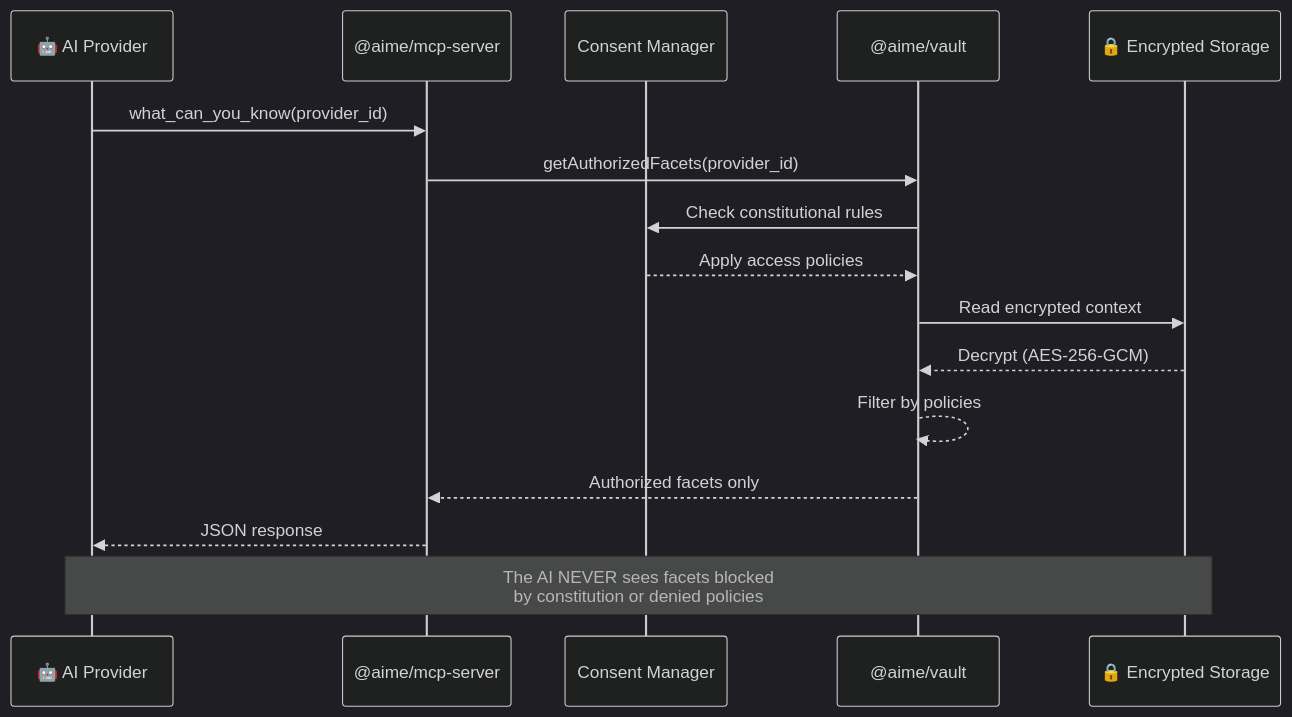
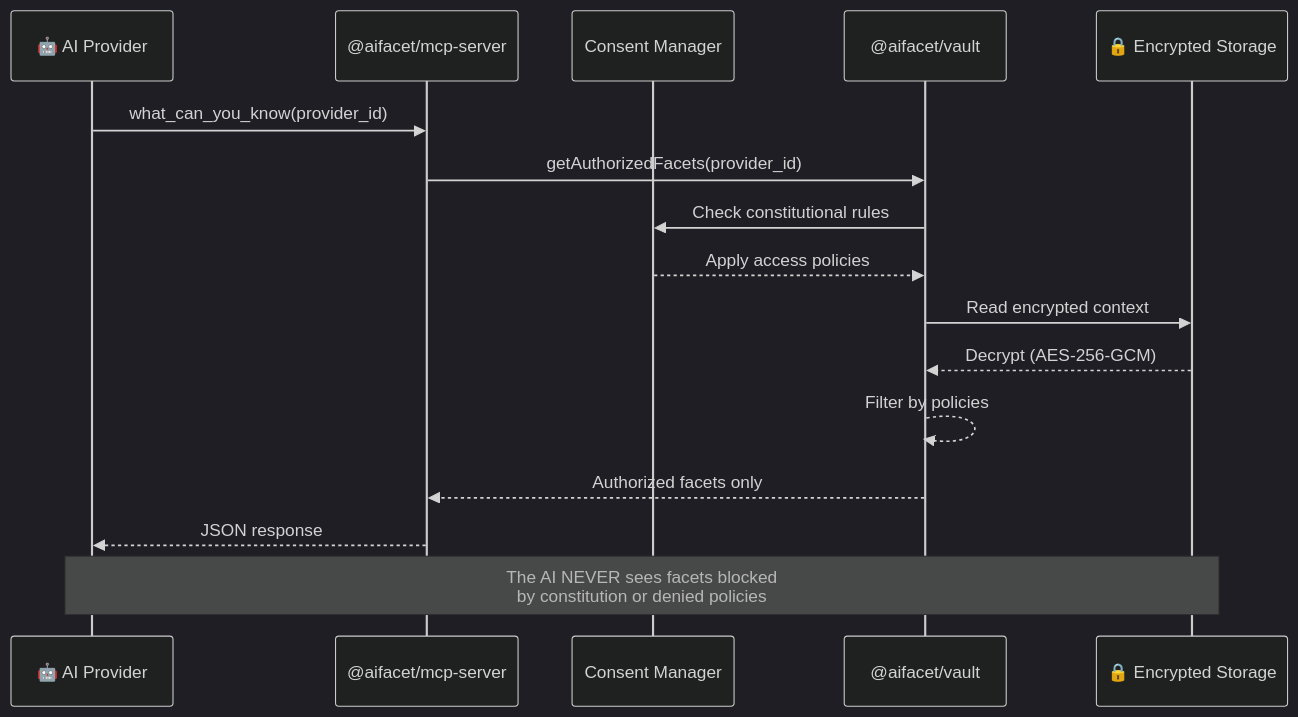
One commit to escamez/aifacet changed the second of 6 diagrams in docs/design/ARCHITECTURE.md. Above: the diagram before and after it, drawn with Mermaid. The commit also changed other lines of this file and 46 other files, not shown here.

First line of the commit message:
Rename project from AIME/contextme to AIFacet

````diff
--- a/docs/design/ARCHITECTURE.md
+++ b/docs/design/ARCHITECTURE.md
@@ -77,22 +77,22 @@
 ```mermaid
 %%{init: {'theme': 'dark', 'themeVariables': {'primaryColor': '#4a9eff', 'primaryTextColor': '#e8e8e8', 'primaryBorderColor': '#6bb3ff', 'lineColor': '#8899aa', 'secondaryColor': '#2d5a8a', 'tertiaryColor': '#1a3550'}}}%%
 
 sequenceDiagram
     participant AI as 🤖 AI Provider
-    participant MCP as @aime/mcp-server
+    participant MCP as @aifacet/mcp-server
     participant Consent as Consent Manager
-    participant Vault as @aime/vault
+    participant Vault as @aifacet/vault
     participant Disk as 🔒 Encrypted Storage
 
     AI->>MCP: what_can_you_know(provider_id)
     MCP->>Vault: getAuthorizedFacets(provider_id)
     Vault->>Consent: Check constitutional rules
     Consent-->>Vault: Apply access policies
     Vault->>Disk: Read encrypted context
     Disk-->>Vault: Decrypt (AES-256-GCM)
     Vault-->>Vault: Filter by policies
     Vault-->>MCP: Authorized facets only
     MCP-->>AI: JSON response
 
     Note over AI,Disk: The AI NEVER sees facets blocked<br/>by constitution or denied policies
 ```
````
